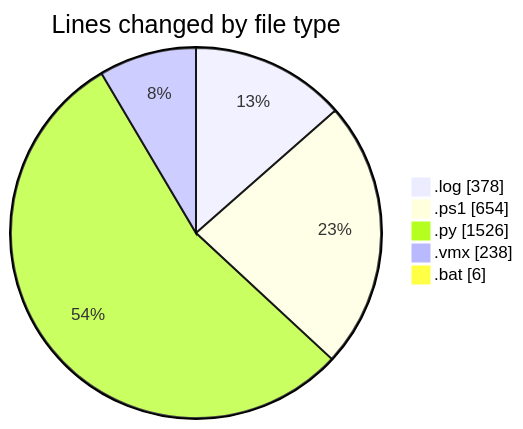
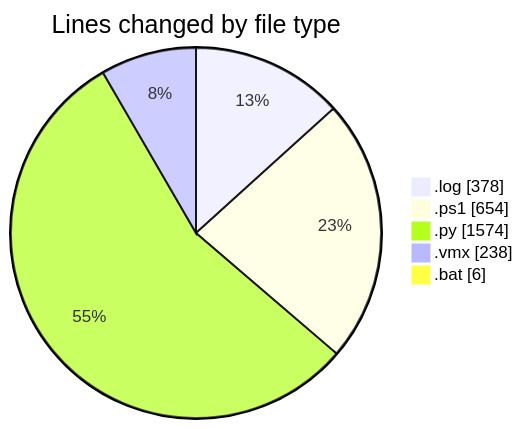
One commit to shibass792/code-tracking changed the first of 2 diagrams in 2026-07-08/twenty_versions_aminor/README.md. Above: the diagram before and after it, drawn with Mermaid. The commit also changed other lines of this file and 1 other file, not shown here.

````diff
--- a/2026-07-08/twenty_versions_aminor/README.md
+++ b/2026-07-08/twenty_versions_aminor/README.md
@@ -27,9 +28,9 @@
 ```mermaid
 pie showData
 title Lines changed by file type
 ".log" : 378
 ".ps1" : 654
-".py" : 1526
+".py" : 1574
 ".vmx" : 238
 ".bat" : 6
 ```
````
